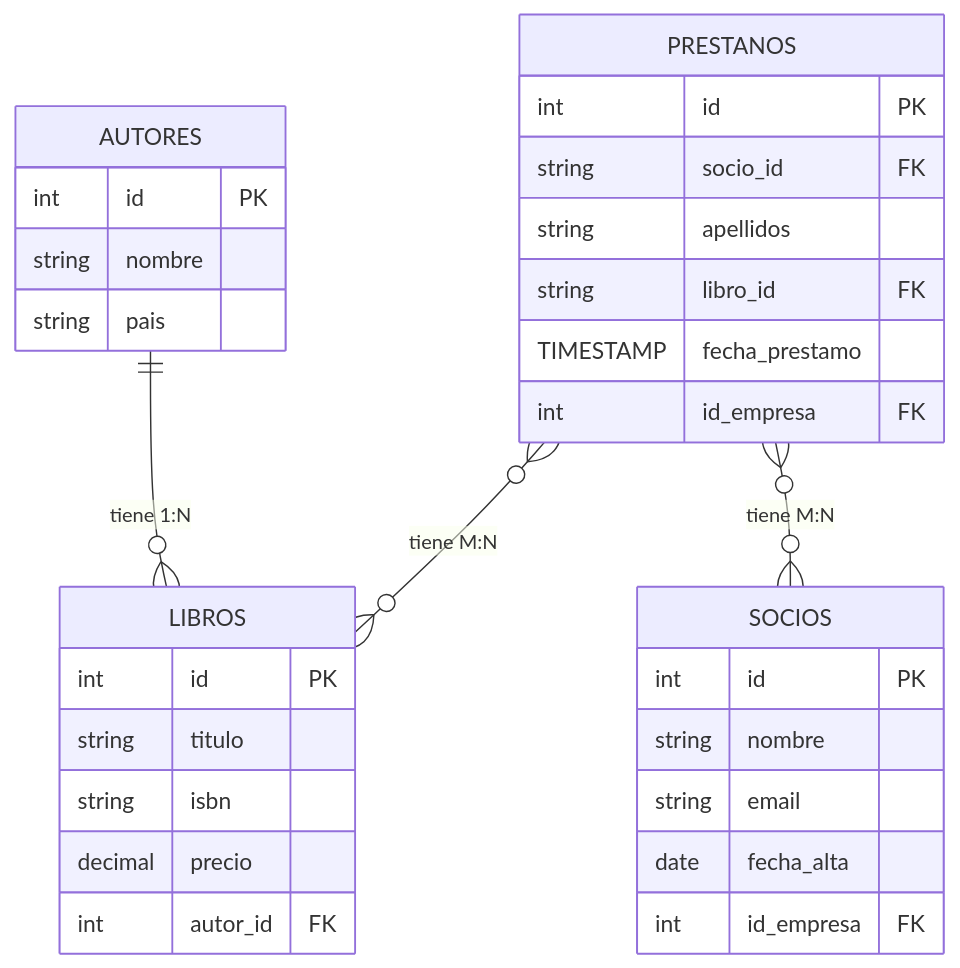
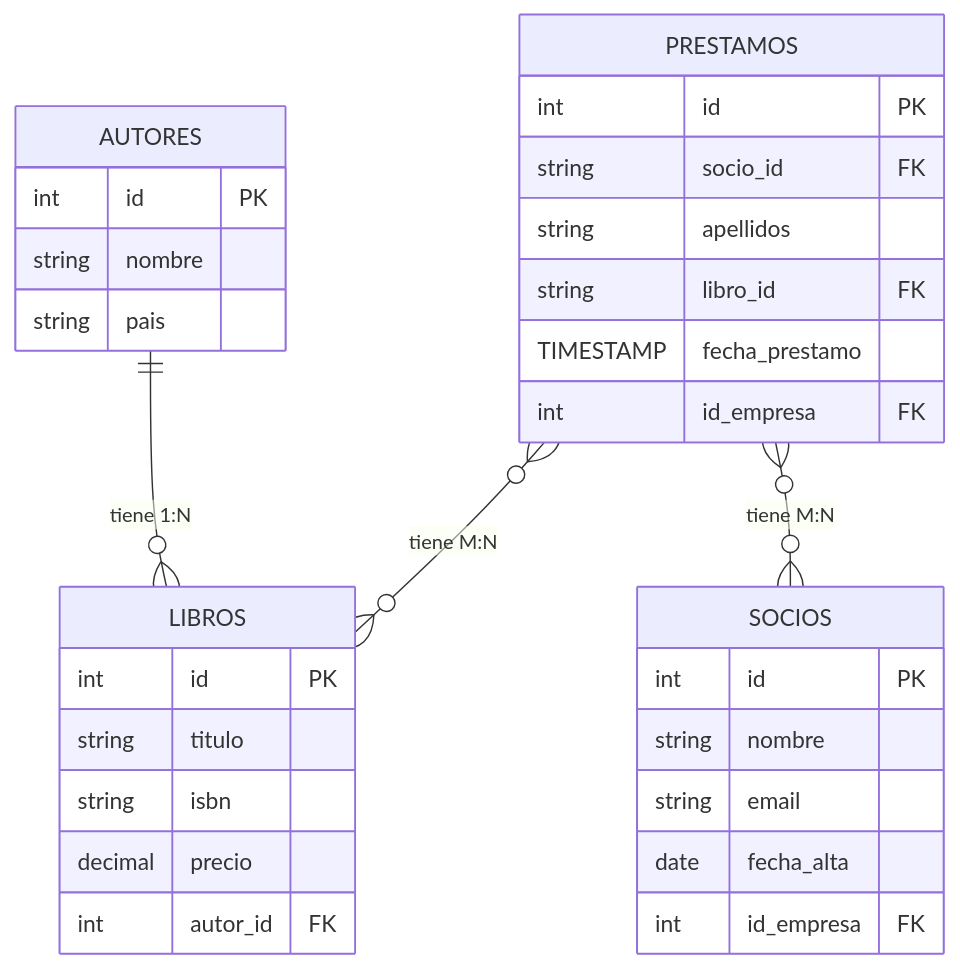
Before and after one commit to Sagmanua/Bases-de-datos-: the diagram in Evaluaciones/In md/Tema 1/Tema 1 exam.md, drawn with Mermaid. The commit also changed other lines of this file, not shown here.

````diff
--- a/Evaluaciones/In md/Tema 1/Tema 1 exam.md
+++ b/Evaluaciones/In md/Tema 1/Tema 1 exam.md
@@ -6,40 +6,40 @@
 ```mermaid
 erDiagram
 
 
     AUTORES {
         int id PK
         string nombre 
         string pais
     }
 
     LIBROS {
         int id PK
         string titulo  
         string isbn 
         decimal precio
         int autor_id FK
     }
 
     SOCIOS {
         int id PK
         string nombre
         string email
         date fecha_alta
         int id_empresa FK
     }
 
-    PRESTANOS {
+    PRESTAMOS {
         int id PK
         string socio_id FK
         string apellidos
         string libro_id FK 
         TIMESTAMP fecha_prestamo 
         int id_empresa FK
     }
 
     AUTORES ||--o{ LIBROS : "tiene 1:N"
-    PRESTANOS }o--o{ SOCIOS : "tiene M:N"
-    PRESTANOS }o--o{ LIBROS : "tiene M:N"
+    PRESTAMOS }o--o{ SOCIOS : "tiene M:N"
+    PRESTAMOS }o--o{ LIBROS : "tiene M:N"
     
 ```
````
